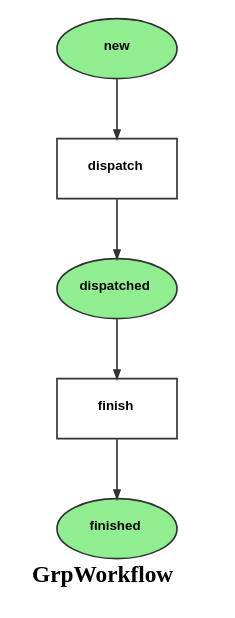
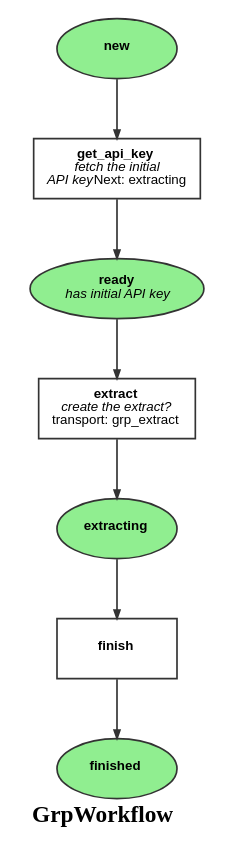
One commit to survos-sites/mds changed the diagram in doc/GrpWorkflow.dot. Above: the diagram before and after it, drawn with Graphviz. The commit also changed 18 other files, not shown here.

```diff
--- a/doc/GrpWorkflow.dot
+++ b/doc/GrpWorkflow.dot
@@ -1,15 +1,19 @@
 digraph workflow {
   ratio="compress" rankdir="TB" label=<<B>GrpWorkflow</B>>
   node [fontsize="8" fontname="Arial" color="#333333" fillcolor="lightgreen" fixedsize="false" width="1"];
   edge [fontsize="7" fontname="Arial" color="#333333" arrowhead="normal" arrowsize="0.5"];
 
   place_new [label=<<B>new</B>>, shape=oval fillcolor="lightgreen" style="filled"];
-  place_dispatched [label=<<B>dispatched</B>>, shape=oval fillcolor="lightgreen" style="filled"];
+  place_ready [label=<<B>ready</B><BR/><I>has initial API key</I>>, shape=oval fillcolor="lightgreen" style="filled"];
+  place_extracting [label=<<B>extracting</B>>, shape=oval fillcolor="lightgreen" style="filled"];
   place_finished [label=<<B>finished</B>>, shape=oval fillcolor="lightgreen" style="filled"];
-  transition_0 [label=<<B>dispatch</B>>, shape="box" regular=""];
-  transition_1 [label=<<B>finish</B>>, shape="box" regular=""];
+  transition_0 [label=<<B>get_api_key</B><BR/><I>fetch the initial<BR/>API key</I>Next: extracting>, shape="box" regular=""];
+  transition_1 [label=<<B>extract</B><BR/><I>create the extract?</I><BR/>transport: grp_extract>, shape="box" regular=""];
+  transition_2 [label=<<B>finish</B>>, shape="box" regular=""];
   place_new -> transition_0 [style="solid", comment="new"];
-  transition_0 -> place_dispatched [style="solid"];
-  place_dispatched -> transition_1 [style="solid", comment="dispatched"];
-  transition_1 -> place_finished [style="solid"];
+  transition_0 -> place_ready [style="solid"];
+  place_ready -> transition_1 [style="solid", comment="ready"];
+  transition_1 -> place_extracting [style="solid"];
+  place_extracting -> transition_2 [style="solid", comment="extracting"];
+  transition_2 -> place_finished [style="solid"];
 }
```
